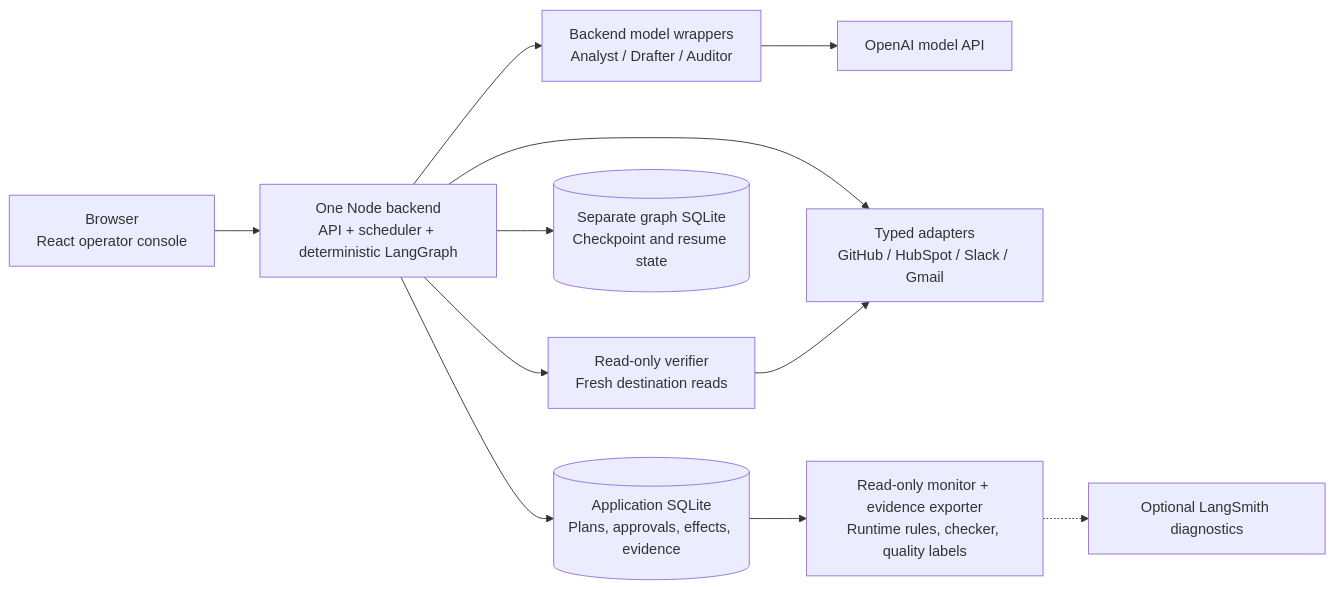
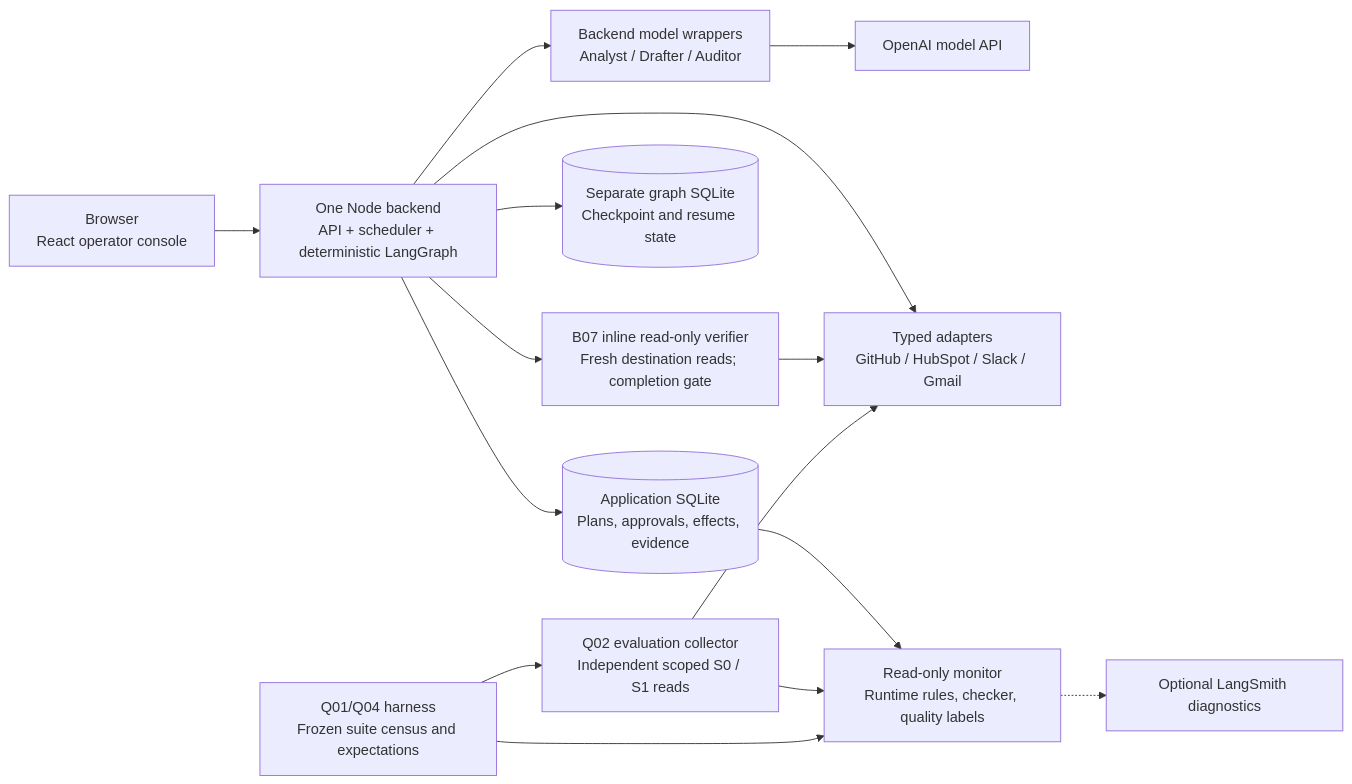
One commit to janmenjayap/multi-app_ai-agent_hackathon changed the second of 3 diagrams in ideation/implementation-plan/02-agent-workflow.md. Above: the diagram before and after it, drawn with Mermaid. The commit also changed other lines of this file and 103 other files, not shown here.

````diff
--- a/ideation/implementation-plan/02-agent-workflow.md
+++ b/ideation/implementation-plan/02-agent-workflow.md
@@ -45,13 +84,17 @@
 ```mermaid
 flowchart LR
     Browser["Browser<br/>React operator console"] --> API["One Node backend<br/>API + scheduler + deterministic LangGraph"]
     API --> Agents["Backend model wrappers<br/>Analyst / Drafter / Auditor"]
     Agents --> Model["OpenAI model API"]
     API --> Store[("Application SQLite<br/>Plans, approvals, effects, evidence")]
     API --> Checkpoints[("Separate graph SQLite<br/>Checkpoint and resume state")]
     API --> Adapters["Typed adapters<br/>GitHub / HubSpot / Slack / Gmail"]
-    API --> Verify["Read-only verifier<br/>Fresh destination reads"]
+    API --> Verify["B07 inline read-only verifier<br/>Fresh destination reads; completion gate"]
     Verify --> Adapters
-    Store --> Monitor["Read-only monitor + evidence exporter<br/>Runtime rules, checker, quality labels"]
+    Store --> Monitor["Read-only monitor<br/>Runtime rules, checker, quality labels"]
+    Harness["Q01/Q04 harness<br/>Frozen suite census and expectations"] --> Collector["Q02 evaluation collector<br/>Independent scoped S0 / S1 reads"]
+    Collector --> Adapters
+    Collector --> Monitor
+    Harness --> Monitor
     Monitor -.-> Traces["Optional LangSmith diagnostics"]
 ```
````
